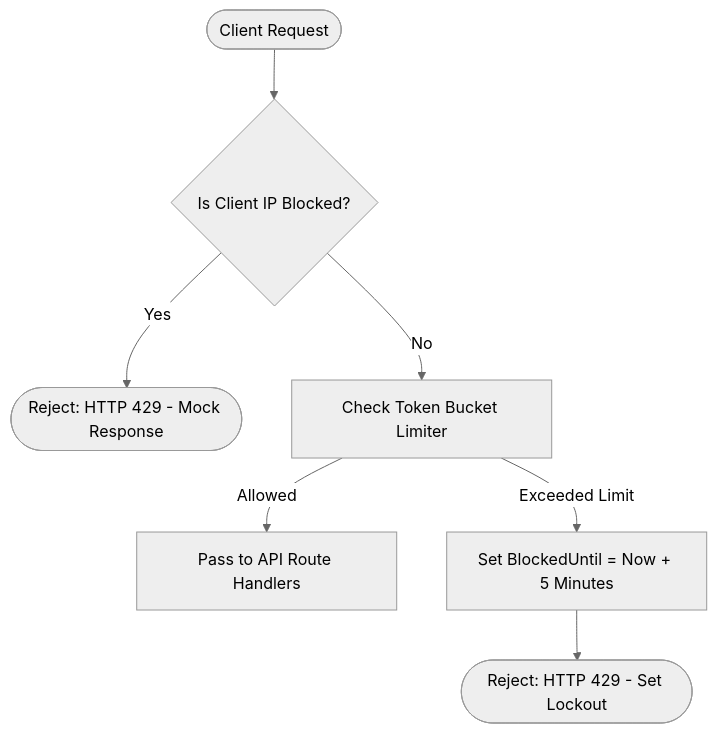
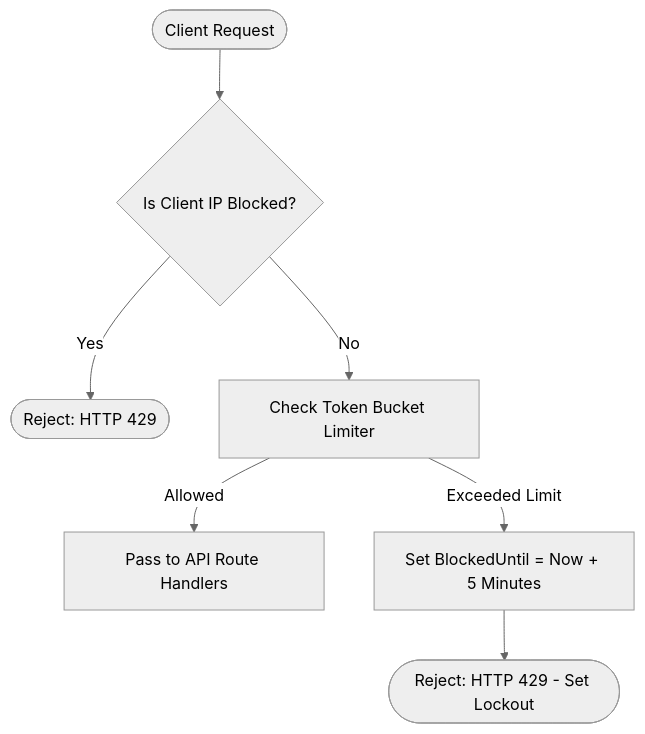
One commit to sahmedhusain/taski changed the first of 3 diagrams in README.md. Above: the diagram before and after it, drawn with Mermaid (neutral theme). The commit also changed other lines of this file, not shown here.

````diff
--- a/README.md
+++ b/README.md
@@ -78,10 +82,10 @@
 ```mermaid
 graph TD
     A([Client Request]) --> B{Is Client IP Blocked?}
-    B -->|Yes| C([Reject: HTTP 429 - Mock Response])
+    B -->|Yes| C([Reject: HTTP 429])
     B -->|No| D[Check Token Bucket Limiter]
     
     D -->|Allowed| E[Pass to API Route Handlers]
     D -->|Exceeded Limit| F[Set BlockedUntil = Now + 5 Minutes]
     F --> G([Reject: HTTP 429 - Set Lockout])
 ```
````
